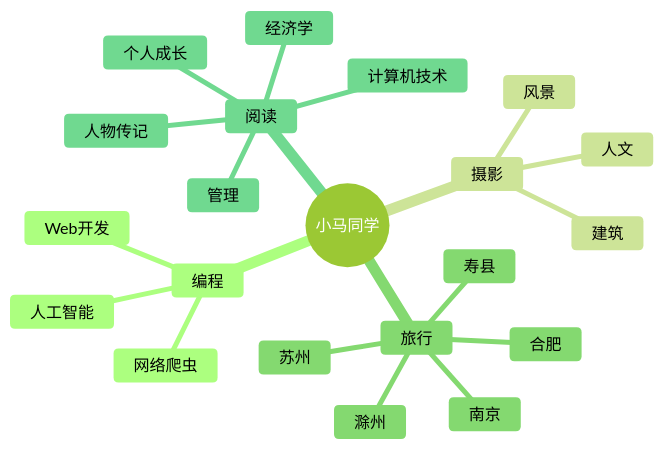
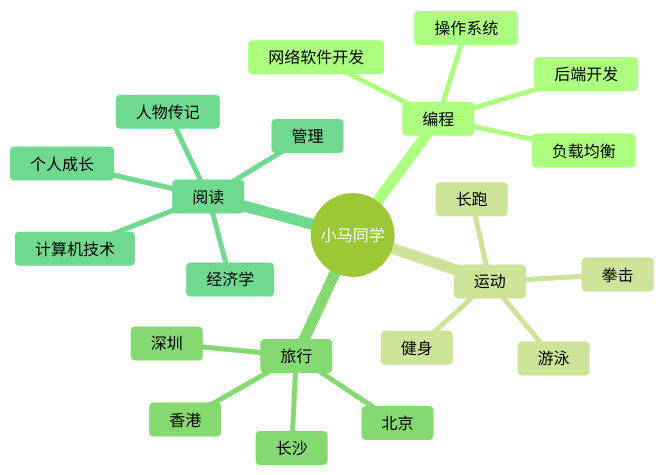
Before and after one commit to ml112265/ml112265: the diagram in README.md, drawn with Mermaid (forest theme). The commit also changed other lines of this file, not shown here.

````diff
--- a/README.md
+++ b/README.md
@@ -131,24 +131,25 @@
 ```mermaid
 mindmap
   root((小马同学))
     编程
-      Web开发
-      网络爬虫
-      人工智能
-    摄影
-      人文
-      建筑
-      风景
+      后端开发
+      负载均衡
+      网络软件开发
+      操作系统
+    运动
+      长跑
+      游泳
+      健身
+      拳击
     旅行
-      苏州
-      南京
-      滁州
-      合肥
-      寿县
+      长沙
+      深圳
+      北京
+      香港
     阅读
       人物传记
       个人成长
       计算机技术
       经济学
       管理
 ```
````
